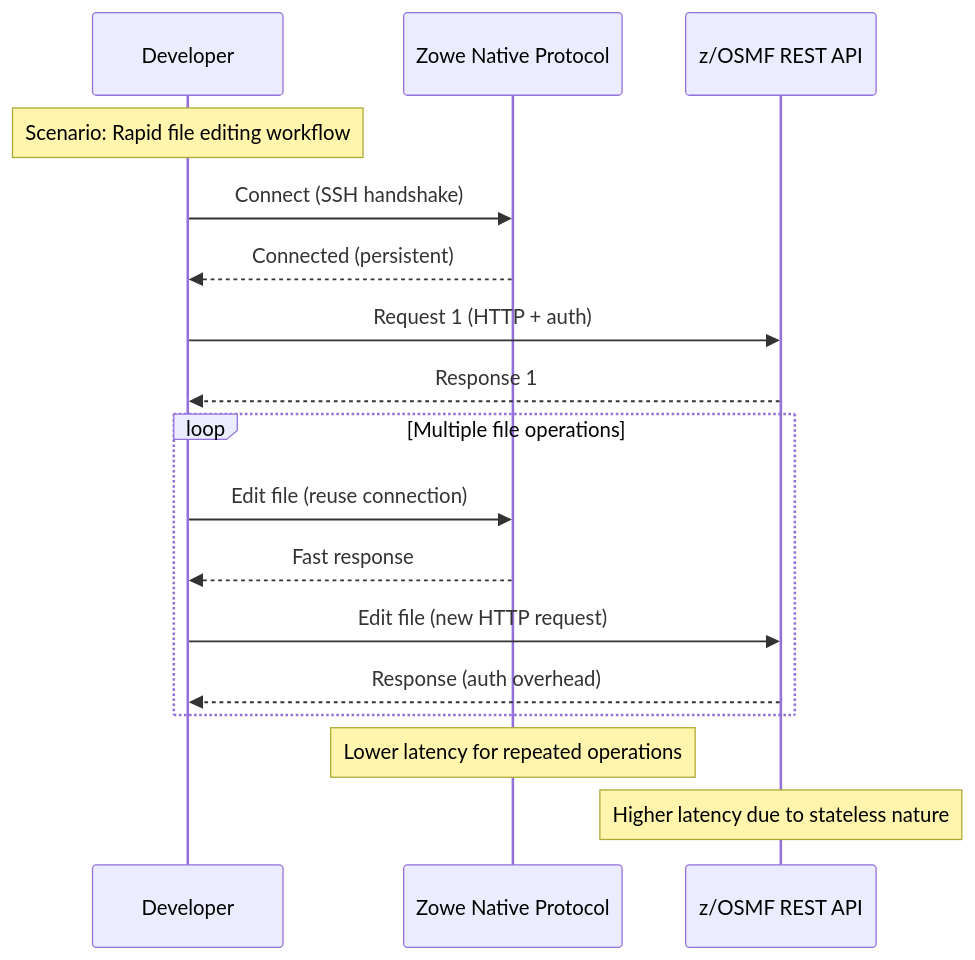
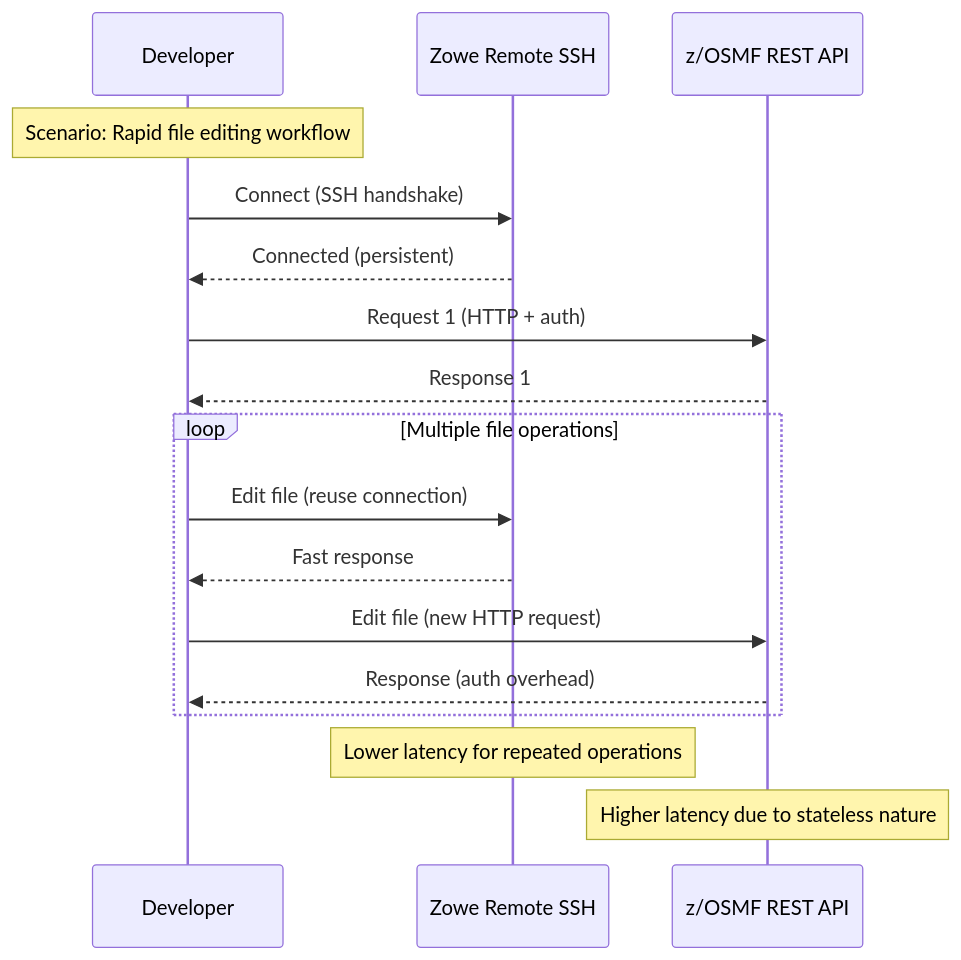
Before and after one commit to zowe/zowe-native-proto: diagram 12 of 13 in doc/architecture-comparisons.md, drawn with Mermaid. The commit also changed other lines of this file and 103 other files, not shown here.

First line of the commit message:
chore: Rename "Zowe Native Proto" to "Zowe Remote SSH", "zowex" (#933)

````diff
--- a/doc/architecture-comparisons.md
+++ b/doc/architecture-comparisons.md
@@ -398,25 +398,25 @@
 ```mermaid
 sequenceDiagram
     participant Dev as Developer
-    participant ZNP as Zowe Native Protocol
+    participant ZNP as Zowe Remote SSH
     participant ZOSMF as z/OSMF REST API
 
     Note over Dev: Scenario: Rapid file editing workflow
 
     Dev->>ZNP: Connect (SSH handshake)
     ZNP-->>Dev: Connected (persistent)
 
     Dev->>ZOSMF: Request 1 (HTTP + auth)
     ZOSMF-->>Dev: Response 1
 
     loop Multiple file operations
         Dev->>ZNP: Edit file (reuse connection)
         ZNP-->>Dev: Fast response
 
         Dev->>ZOSMF: Edit file (new HTTP request)
         ZOSMF-->>Dev: Response (auth overhead)
     end
 
     Note over ZNP: Lower latency for repeated operations
     Note over ZOSMF: Higher latency due to stateless nature
 ```
````
